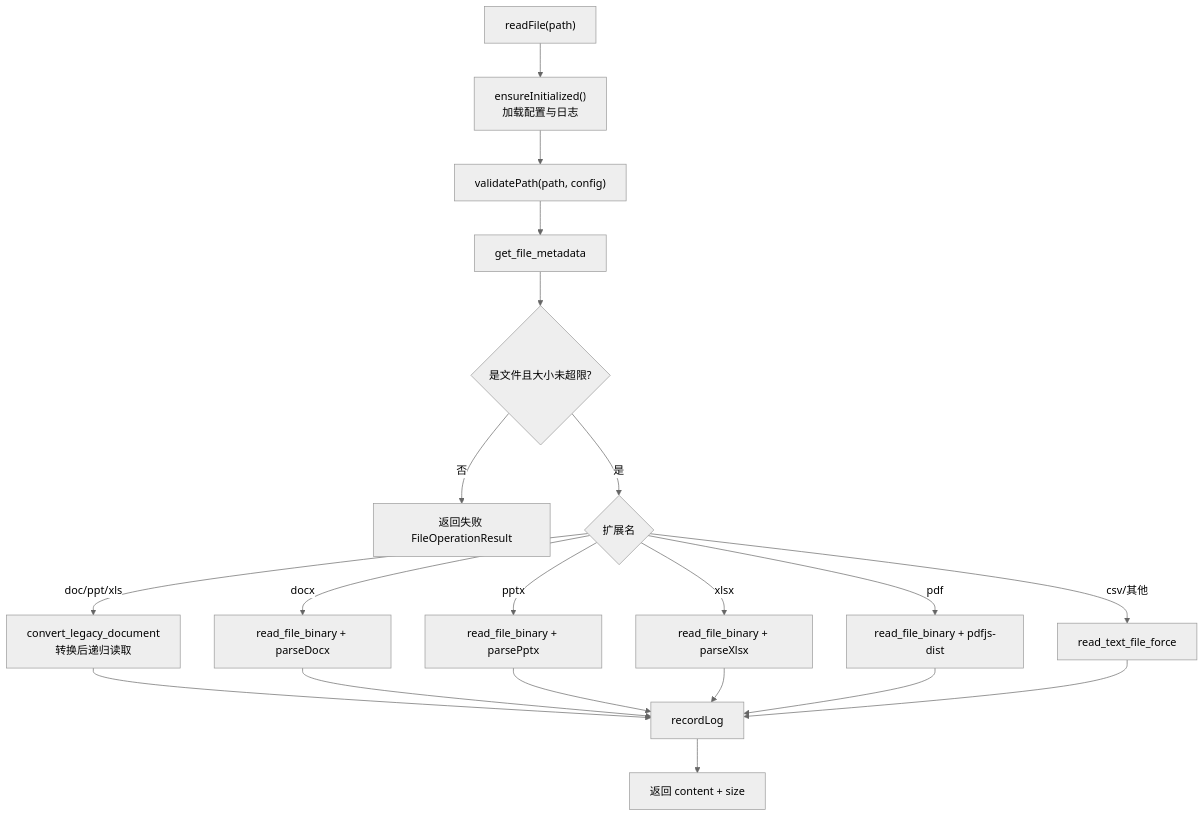
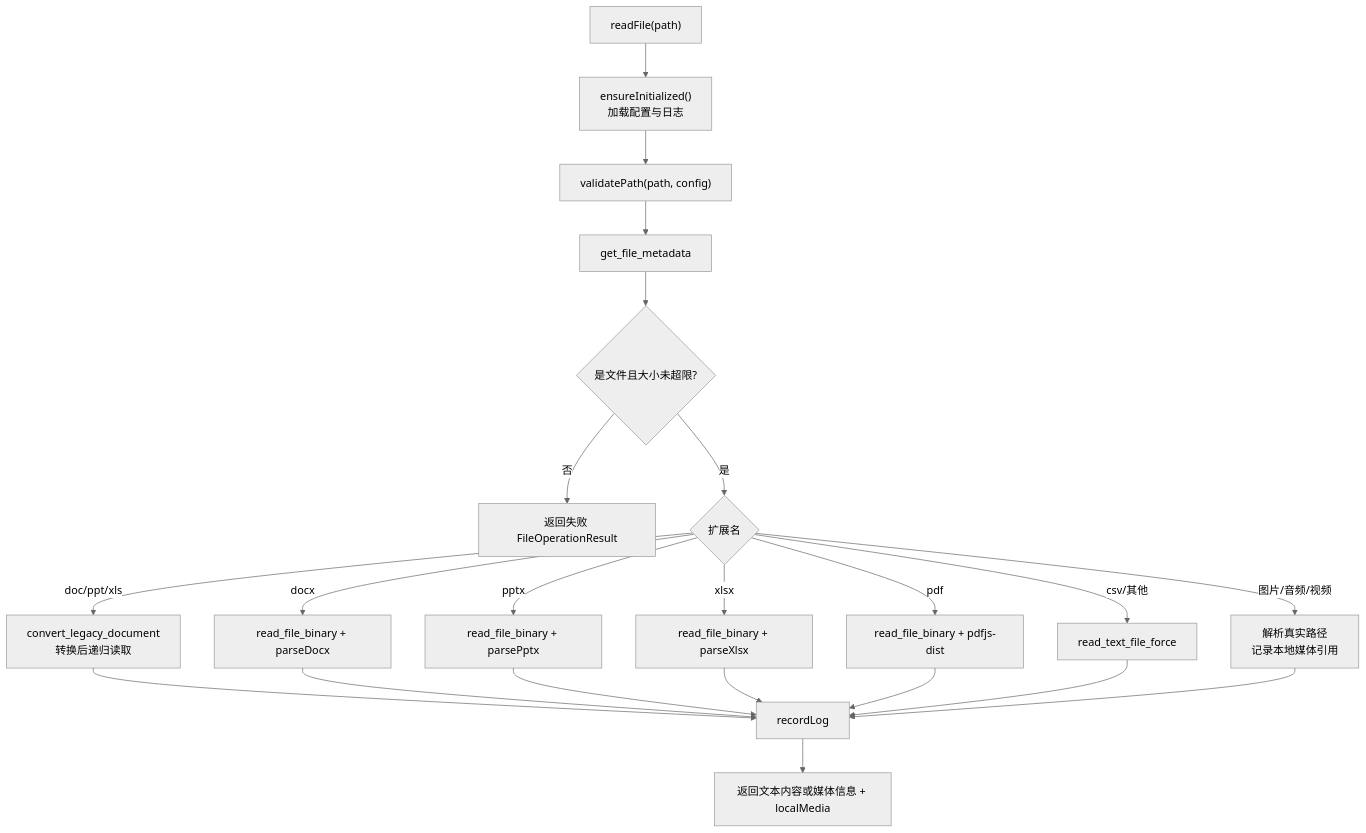
The third of 3 diagrams in src/tools/aio-file-operator/ARCHITECTURE.md (miaotouy/aio-hub), drawn with Mermaid (neutral theme) before and after one commit. The commit also changed other lines of this file and 22 other files, not shown here.

First line of the commit message:
feat(local-media): 支持工具读取本地媒体并按需发送

````diff
--- a/src/tools/aio-file-operator/ARCHITECTURE.md
+++ b/src/tools/aio-file-operator/ARCHITECTURE.md
@@ -155,22 +155,24 @@
 ```mermaid
 flowchart TD
     A["readFile(path)"] --> B["ensureInitialized()<br/>加载配置与日志"]
     B --> C["validatePath(path, config)"]
     C --> D["get_file_metadata"]
     D --> E{"是文件且大小未超限?"}
     E -->|否| X["返回失败 FileOperationResult"]
     E -->|是| F{"扩展名"}
     F -->|doc/ppt/xls| G["convert_legacy_document<br/>转换后递归读取"]
     F -->|docx| H["read_file_binary + parseDocx"]
     F -->|pptx| I["read_file_binary + parsePptx"]
     F -->|xlsx| J["read_file_binary + parseXlsx"]
     F -->|pdf| K["read_file_binary + pdfjs-dist"]
+    F -->|图片/音频/视频| O["解析真实路径<br/>记录本地媒体引用"]
     F -->|csv/其他| L["read_text_file_force"]
     G --> M["recordLog"]
     H --> M
     I --> M
     J --> M
     K --> M
     L --> M
-    M --> N["返回 content + size"]
+    O --> M
+    M --> N["返回文本内容或媒体信息 + localMedia"]
 ```
````
